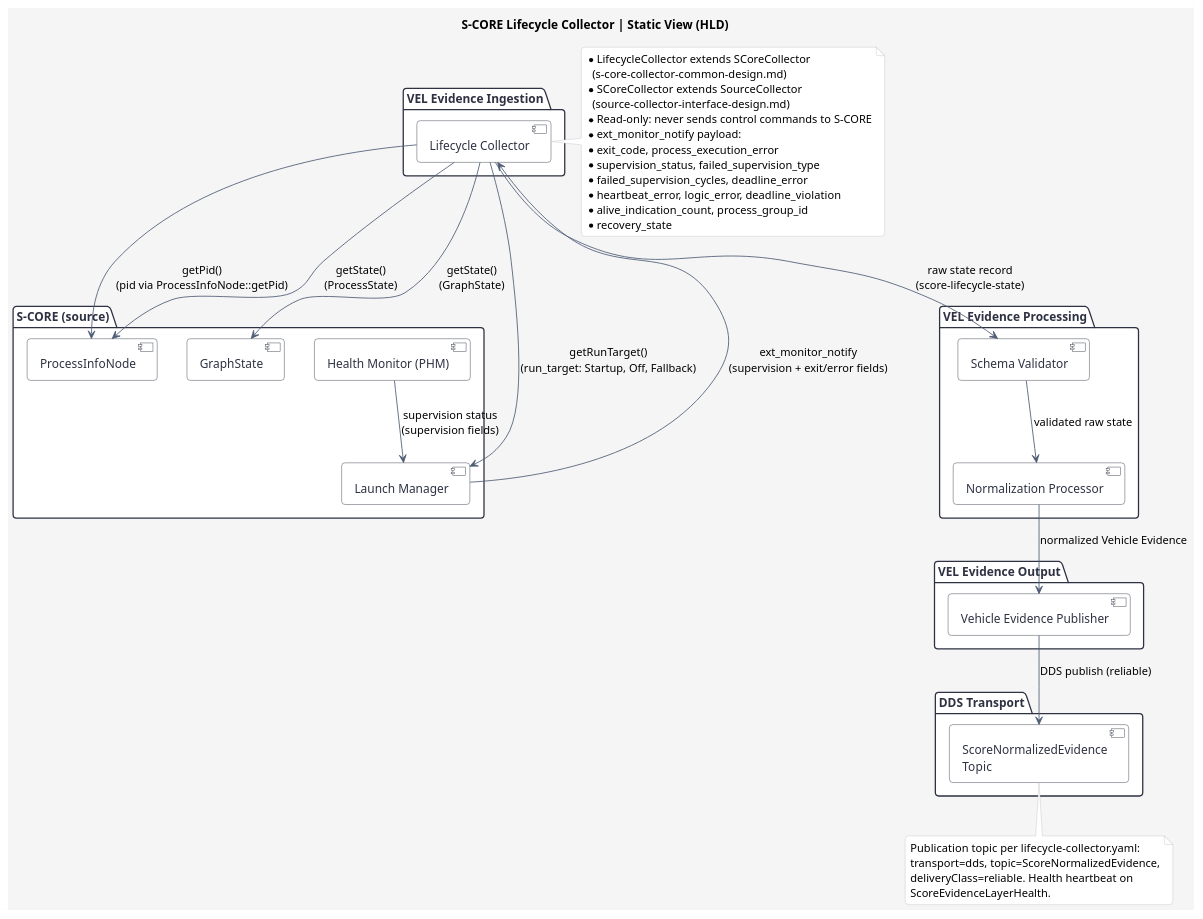
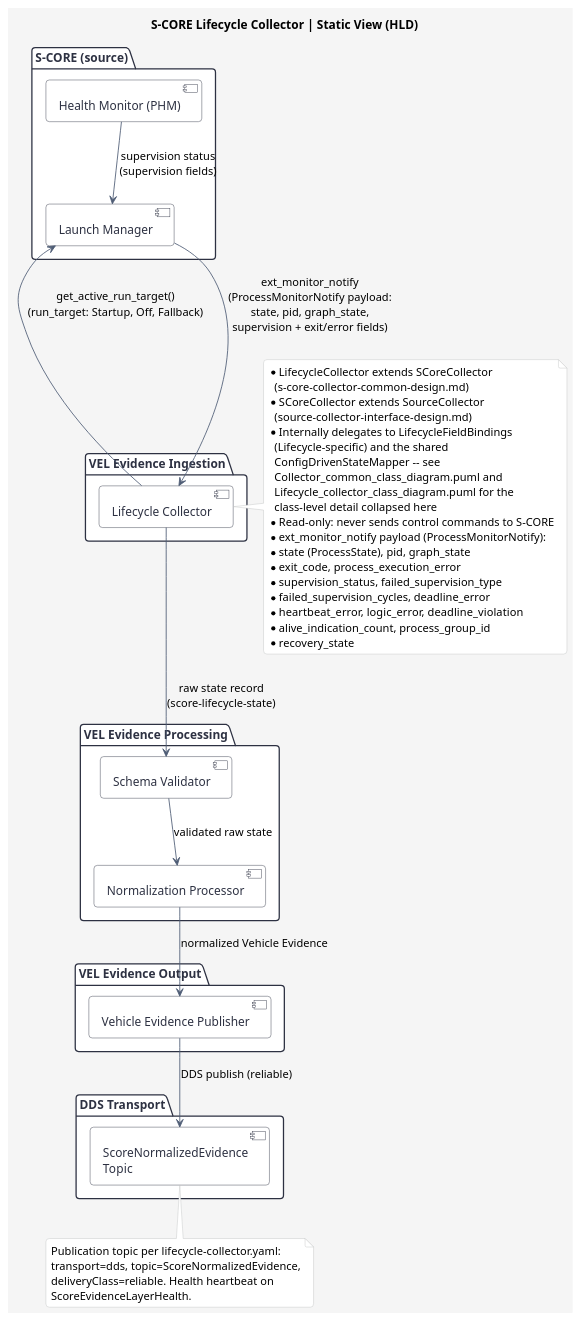
The diagram in docs/features/diagrams/lifecycle/Lifecycle_collector_static_view.puml (akshayg0314/vel), drawn with PlantUML before and after one commit. The commit also changed 46 other files, not shown here.

Commit message:
Modified Class and Sequence Diagram for VEL/Lifecycle collector as per reviews

```diff
--- a/docs/features/diagrams/lifecycle/Lifecycle_collector_static_view.puml
+++ b/docs/features/diagrams/lifecycle/Lifecycle_collector_static_view.puml
@@ -1,74 +1,76 @@
 @startuml
 title S-CORE Lifecycle Collector | Static View (HLD)
 skinparam backgroundColor #F5F5F5
 skinparam shadowing false
 skinparam roundCorner 8
 skinparam ArrowColor #4F5D75
 skinparam componentBorderColor #2D3142
 skinparam componentBackgroundColor #FFFFFF
 skinparam componentFontColor #2D3142
 skinparam packageBorderColor #2D3142
 skinparam packageBackgroundColor #FFFFFF
 skinparam packageFontColor #2D3142
 skinparam noteBackgroundColor #FFFFFF
 skinparam noteBorderColor #BFC0C0
 
 package "S-CORE (source)" {
   component "Launch Manager" as LM
   component "Health Monitor (PHM)" as HM
-  component "ProcessInfoNode" as PIN
-  component "GraphState" as GS
 }
 
 package "VEL Evidence Ingestion" {
   component "Lifecycle Collector" as Collector
 }
 
 package "VEL Evidence Processing" {
   component "Schema Validator" as Validator
   component "Normalization Processor" as Normalizer
 }
 
 package "VEL Evidence Output" {
   component "Vehicle Evidence Publisher" as Publisher
 }
 
 package "DDS Transport" {
   component "ScoreNormalizedEvidence\nTopic" as Topic
 }
 
 HM --> LM : supervision status\n(supervision fields)
-LM --> Collector : ext_monitor_notify\n(supervision + exit/error fields)
-Collector --> PIN : getPid()\n(pid via ProcessInfoNode::getPid)
-Collector --> PIN : getState()\n(ProcessState)
-Collector --> GS : getState()\n(GraphState)
-Collector --> LM : getRunTarget()\n(run_target: Startup, Off, Fallback)
+LM --> Collector : ext_monitor_notify\n(ProcessMonitorNotify payload:\nstate, pid, graph_state,\nsupervision + exit/error fields)
+Collector --> LM : get_active_run_target()\n(run_target: Startup, Off, Fallback)
 
 Collector --> Validator : raw state record\n(score-lifecycle-state)
 Validator --> Normalizer : validated raw state
 Normalizer --> Publisher : normalized Vehicle Evidence
 Publisher --> Topic : DDS publish (reliable)
 
 note right of Collector
   * LifecycleCollector extends SCoreCollector
     (s-core-collector-common-design.md)
   * SCoreCollector extends SourceCollector
     (source-collector-interface-design.md)
+  * Internally delegates to LifecycleFieldBindings
+    (Lifecycle-specific) and the shared
+    ConfigDrivenStateMapper -- see
+    Collector_common_class_diagram.puml and
+    Lifecycle_collector_class_diagram.puml for the
+    class-level detail collapsed here
   * Read-only: never sends control commands to S-CORE
-  * ext_monitor_notify payload:
+  * ext_monitor_notify payload (ProcessMonitorNotify):
+  * state (ProcessState), pid, graph_state
   * exit_code, process_execution_error
   * supervision_status, failed_supervision_type
   * failed_supervision_cycles, deadline_error
   * heartbeat_error, logic_error, deadline_violation
   * alive_indication_count, process_group_id
   * recovery_state
 end note
 
 note bottom of Topic
   Publication topic per lifecycle-collector.yaml:
   transport=dds, topic=ScoreNormalizedEvidence,
   deliveryClass=reliable. Health heartbeat on
   ScoreEvidenceLayerHealth.
 end note
 
 @enduml
```
